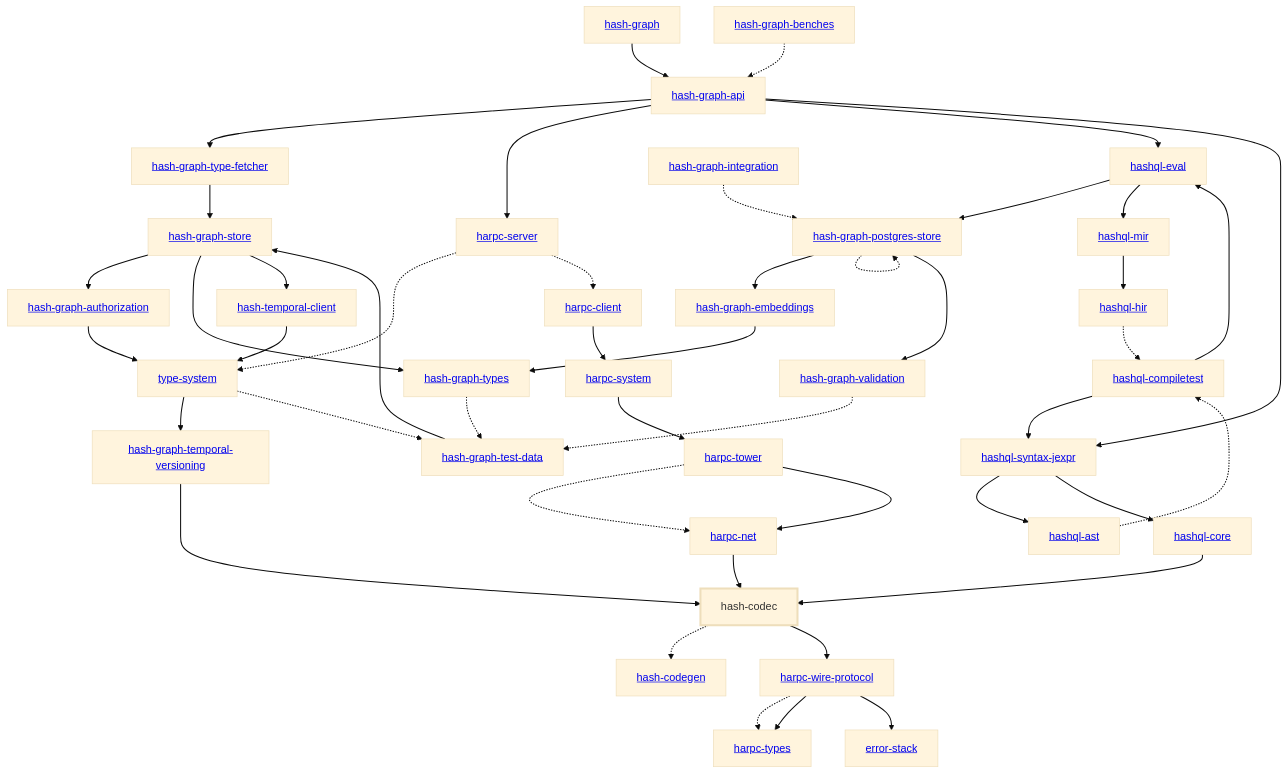
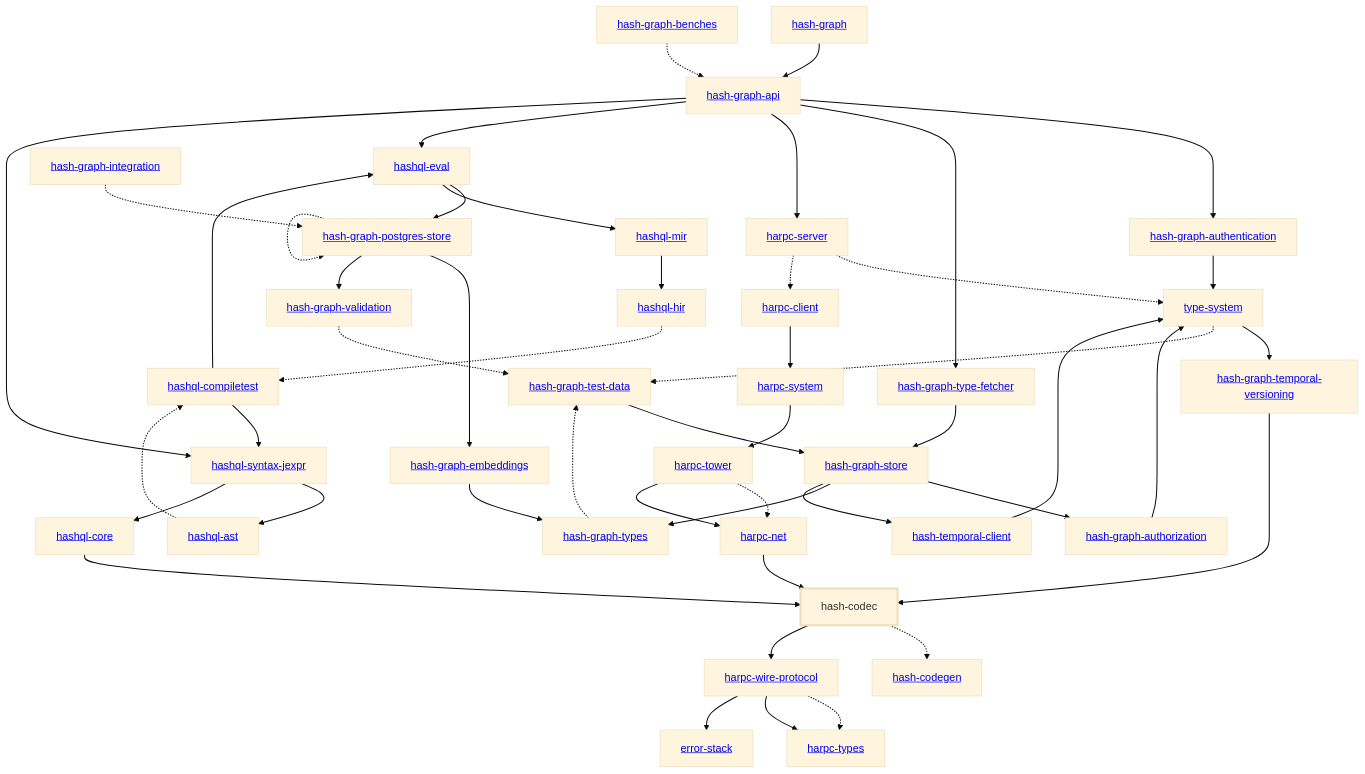
The diagram in libs/@local/codec/docs/dependency-diagram.mmd (hashintel/hash), drawn with Mermaid (base theme) before and after one commit. The commit also changed 12 other files, not shown here.

Commit message:
Generate dependency diagrams

```diff
--- a/libs/@local/codec/docs/dependency-diagram.mmd
+++ b/libs/@local/codec/docs/dependency-diagram.mmd
@@ -1,88 +1,91 @@
 graph TD
     linkStyle default stroke-width:1.5px
     classDef default stroke-width:1px
     classDef root stroke-width:3px
     classDef dev stroke-width:1px
     classDef build stroke-width:1px
     %% Legend
     %% --> : Normal dependency
     %% -.-> : Dev dependency
     %% ---> : Build dependency
     0[<a href="../hash_graph/index.html">hash-graph</a>]
     1[<a href="../type_system/index.html">type-system</a>]
     2[hash-codec]
     class 2 root
     3[<a href="../hash_codegen/index.html">hash-codegen</a>]
     4[<a href="../hash_graph_api/index.html">hash-graph-api</a>]
-    5[<a href="../hash_graph_authorization/index.html">hash-graph-authorization</a>]
-    6[<a href="../hash_graph_embeddings/index.html">hash-graph-embeddings</a>]
-    7[<a href="../hash_graph_postgres_store/index.html">hash-graph-postgres-store</a>]
-    8[<a href="../hash_graph_store/index.html">hash-graph-store</a>]
-    9[<a href="../hash_graph_temporal_versioning/index.html">hash-graph-temporal-versioning</a>]
-    10[<a href="../hash_graph_type_fetcher/index.html">hash-graph-type-fetcher</a>]
-    11[<a href="../hash_graph_types/index.html">hash-graph-types</a>]
-    12[<a href="../hash_graph_validation/index.html">hash-graph-validation</a>]
-    13[<a href="../harpc_client/index.html">harpc-client</a>]
-    14[<a href="../harpc_net/index.html">harpc-net</a>]
-    15[<a href="../harpc_server/index.html">harpc-server</a>]
-    16[<a href="../harpc_system/index.html">harpc-system</a>]
-    17[<a href="../harpc_tower/index.html">harpc-tower</a>]
-    18[<a href="../harpc_types/index.html">harpc-types</a>]
-    19[<a href="../harpc_wire_protocol/index.html">harpc-wire-protocol</a>]
-    20[<a href="../hashql_ast/index.html">hashql-ast</a>]
-    21[<a href="../hashql_compiletest/index.html">hashql-compiletest</a>]
-    22[<a href="../hashql_core/index.html">hashql-core</a>]
-    23[<a href="../hashql_eval/index.html">hashql-eval</a>]
-    24[<a href="../hashql_hir/index.html">hashql-hir</a>]
-    25[<a href="../hashql_mir/index.html">hashql-mir</a>]
-    26[<a href="../hashql_syntax_jexpr/index.html">hashql-syntax-jexpr</a>]
-    27[<a href="../hash_temporal_client/index.html">hash-temporal-client</a>]
-    28[<a href="../error_stack/index.html">error-stack</a>]
-    29[<a href="../hash_graph_benches/index.html">hash-graph-benches</a>]
-    30[<a href="../hash_graph_integration/index.html">hash-graph-integration</a>]
-    31[<a href="../hash_graph_test_data/index.html">hash-graph-test-data</a>]
+    5[<a href="../hash_graph_authentication/index.html">hash-graph-authentication</a>]
+    6[<a href="../hash_graph_authorization/index.html">hash-graph-authorization</a>]
+    7[<a href="../hash_graph_embeddings/index.html">hash-graph-embeddings</a>]
+    8[<a href="../hash_graph_postgres_store/index.html">hash-graph-postgres-store</a>]
+    9[<a href="../hash_graph_store/index.html">hash-graph-store</a>]
+    10[<a href="../hash_graph_temporal_versioning/index.html">hash-graph-temporal-versioning</a>]
+    11[<a href="../hash_graph_type_fetcher/index.html">hash-graph-type-fetcher</a>]
+    12[<a href="../hash_graph_types/index.html">hash-graph-types</a>]
+    13[<a href="../hash_graph_validation/index.html">hash-graph-validation</a>]
+    14[<a href="../harpc_client/index.html">harpc-client</a>]
+    15[<a href="../harpc_net/index.html">harpc-net</a>]
+    16[<a href="../harpc_server/index.html">harpc-server</a>]
+    17[<a href="../harpc_system/index.html">harpc-system</a>]
+    18[<a href="../harpc_tower/index.html">harpc-tower</a>]
+    19[<a href="../harpc_types/index.html">harpc-types</a>]
+    20[<a href="../harpc_wire_protocol/index.html">harpc-wire-protocol</a>]
+    21[<a href="../hashql_ast/index.html">hashql-ast</a>]
+    22[<a href="../hashql_compiletest/index.html">hashql-compiletest</a>]
+    23[<a href="../hashql_core/index.html">hashql-core</a>]
+    24[<a href="../hashql_eval/index.html">hashql-eval</a>]
+    25[<a href="../hashql_hir/index.html">hashql-hir</a>]
+    26[<a href="../hashql_mir/index.html">hashql-mir</a>]
+    27[<a href="../hashql_syntax_jexpr/index.html">hashql-syntax-jexpr</a>]
+    28[<a href="../hash_temporal_client/index.html">hash-temporal-client</a>]
+    29[<a href="../error_stack/index.html">error-stack</a>]
+    30[<a href="../hash_graph_benches/index.html">hash-graph-benches</a>]
+    31[<a href="../hash_graph_integration/index.html">hash-graph-integration</a>]
+    32[<a href="../hash_graph_test_data/index.html">hash-graph-test-data</a>]
     0 --> 4
-    1 --> 9
-    1 -.-> 31
+    1 --> 10
+    1 -.-> 32
     2 -.-> 3
-    2 --> 19
-    4 --> 10
-    4 --> 15
-    4 --> 23
-    4 --> 26
+    2 --> 20
+    4 --> 5
+    4 --> 11
+    4 --> 16
+    4 --> 24
+    4 --> 27
     5 --> 1
-    6 --> 11
-    7 --> 6
-    7 -.-> 7
+    6 --> 1
     7 --> 12
-    8 --> 5
-    8 --> 11
-    8 --> 27
-    9 --> 2
-    10 --> 8
-    11 -.-> 31
-    12 -.-> 31
-    13 --> 16
-    14 --> 2
-    15 -.-> 1
-    15 -.-> 13
-    16 --> 17
-    17 -.-> 14
-    17 --> 14
-    19 -.-> 18
-    19 --> 18
-    19 --> 28
-    20 -.-> 21
-    21 --> 23
-    21 --> 26
-    22 --> 2
-    23 --> 7
-    23 --> 25
-    24 -.-> 21
-    25 --> 24
-    26 --> 20
-    26 --> 22
-    27 --> 1
-    29 -.-> 4
-    30 -.-> 7
-    31 --> 8
+    8 --> 7
+    8 -.-> 8
+    8 --> 13
+    9 --> 6
+    9 --> 12
+    9 --> 28
+    10 --> 2
+    11 --> 9
+    12 -.-> 32
+    13 -.-> 32
+    14 --> 17
+    15 --> 2
+    16 -.-> 1
+    16 -.-> 14
+    17 --> 18
+    18 -.-> 15
+    18 --> 15
+    20 -.-> 19
+    20 --> 19
+    20 --> 29
+    21 -.-> 22
+    22 --> 24
+    22 --> 27
+    23 --> 2
+    24 --> 8
+    24 --> 26
+    25 -.-> 22
+    26 --> 25
+    27 --> 21
+    27 --> 23
+    28 --> 1
+    30 -.-> 4
+    31 -.-> 8
+    32 --> 9
```
